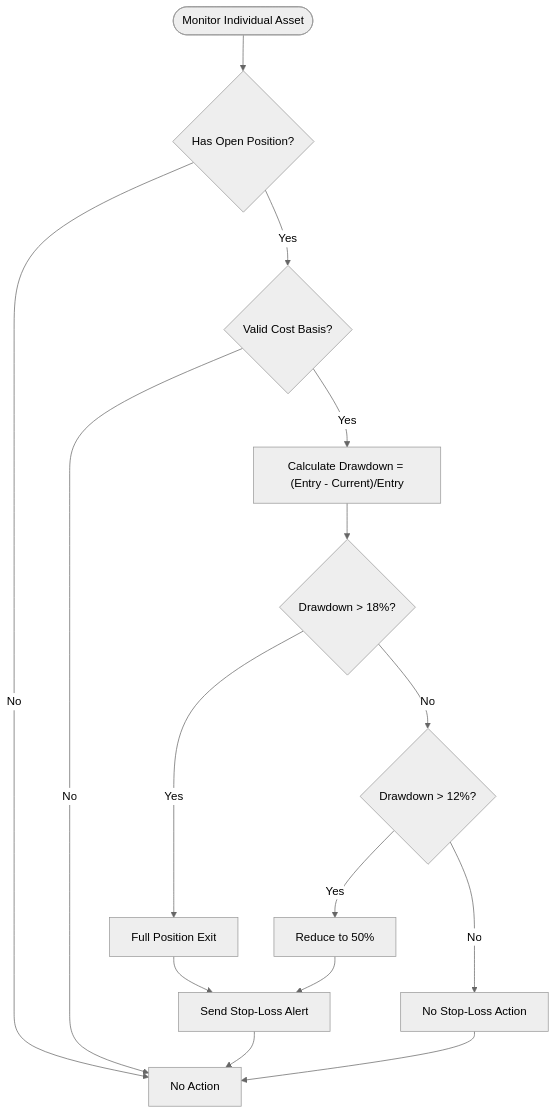
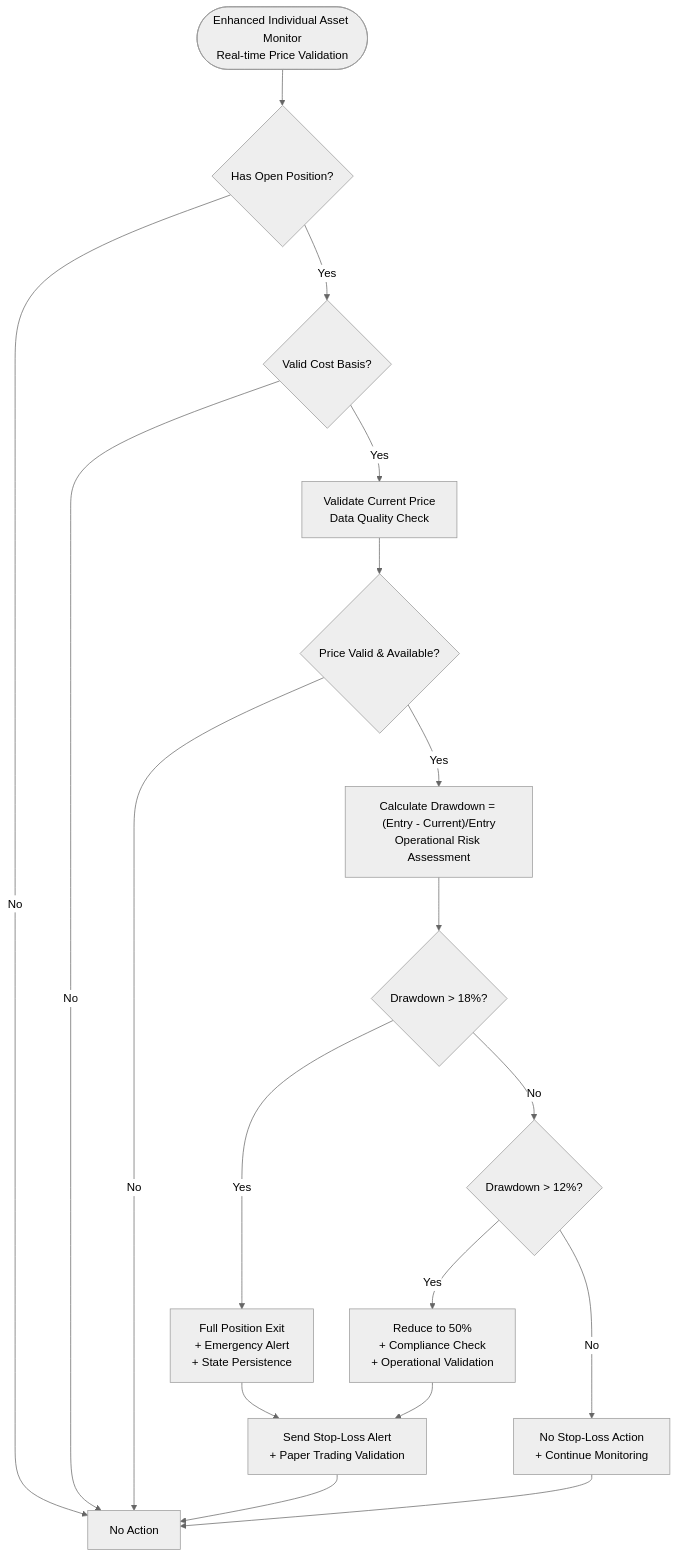
One commit to guofeng201507/shark-quant-trader changed the fourth of 8 diagrams in .qoder/repowiki/en/content/Risk Management System.md. Above: the diagram before and after it, drawn with Mermaid (neutral theme). The commit also changed other lines of this file and 14 other files, not shown here.

````diff
--- a/.qoder/repowiki/en/content/Risk Management System.md
+++ b/.qoder/repowiki/en/content/Risk Management System.md
@@ -243,17 +302,20 @@
 ```mermaid
 flowchart TD
-AssetStart(["Monitor Individual Asset"]) --> CheckPos{"Has Open Position?"}
+AssetStart(["Enhanced Individual Asset Monitor<br/>Real-time Price Validation"]) --> CheckPos{"Has Open Position?"}
 CheckPos --> |No| AssetEnd["No Action"]
 CheckPos --> |Yes| CheckBasis{"Valid Cost Basis?"}
 CheckBasis --> |No| AssetEnd
-CheckBasis --> |Yes| CalcDD["Calculate Drawdown = (Entry - Current)/Entry"]
+CheckBasis --> |Yes| ValidatePrice["Validate Current Price<br/>Data Quality Check"]
+ValidatePrice --> PriceOK{"Price Valid & Available?"}
+PriceOK --> |No| AssetEnd
+PriceOK --> |Yes| CalcDD["Calculate Drawdown = (Entry - Current)/Entry<br/>Operational Risk Assessment"]
 CalcDD --> CheckExit{"Drawdown > 18%?"}
-CheckExit --> |Yes| FullExit["Full Position Exit"]
+CheckExit --> |Yes| FullExit["Full Position Exit<br/>+ Emergency Alert<br/>+ State Persistence"]
 CheckExit --> |No| CheckReduce{"Drawdown > 12%?"}
-CheckReduce --> |Yes| PartialExit["Reduce to 50%"]
-CheckReduce --> |No| NoAction["No Stop-Loss Action"]
-FullExit --> Alert["Send Stop-Loss Alert"]
+CheckReduce --> |Yes| PartialExit["Reduce to 50%<br/>+ Compliance Check<br/>+ Operational Validation"]
+CheckReduce --> |No| NoAction["No Stop-Loss Action<br/>+ Continue Monitoring"]
+FullExit --> Alert["Send Stop-Loss Alert<br/>+ Paper Trading Validation"]
 PartialExit --> Alert
 NoAction --> AssetEnd
 Alert --> AssetEnd
 ```
````
